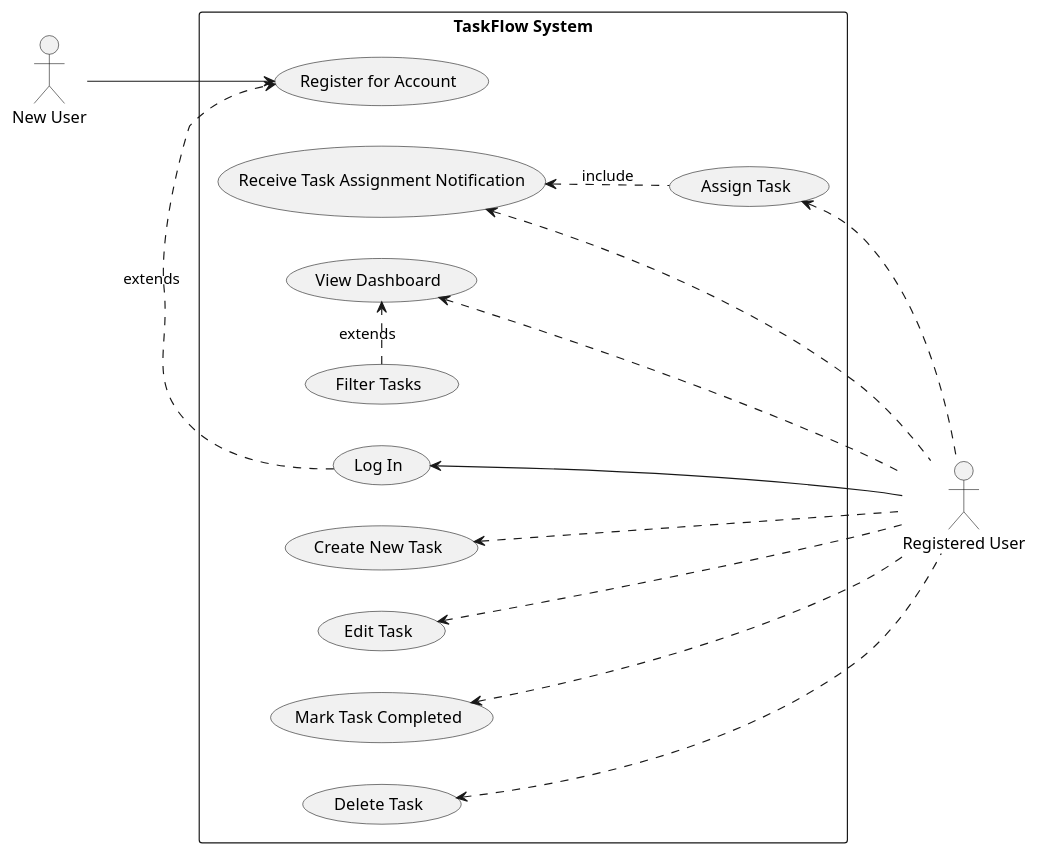
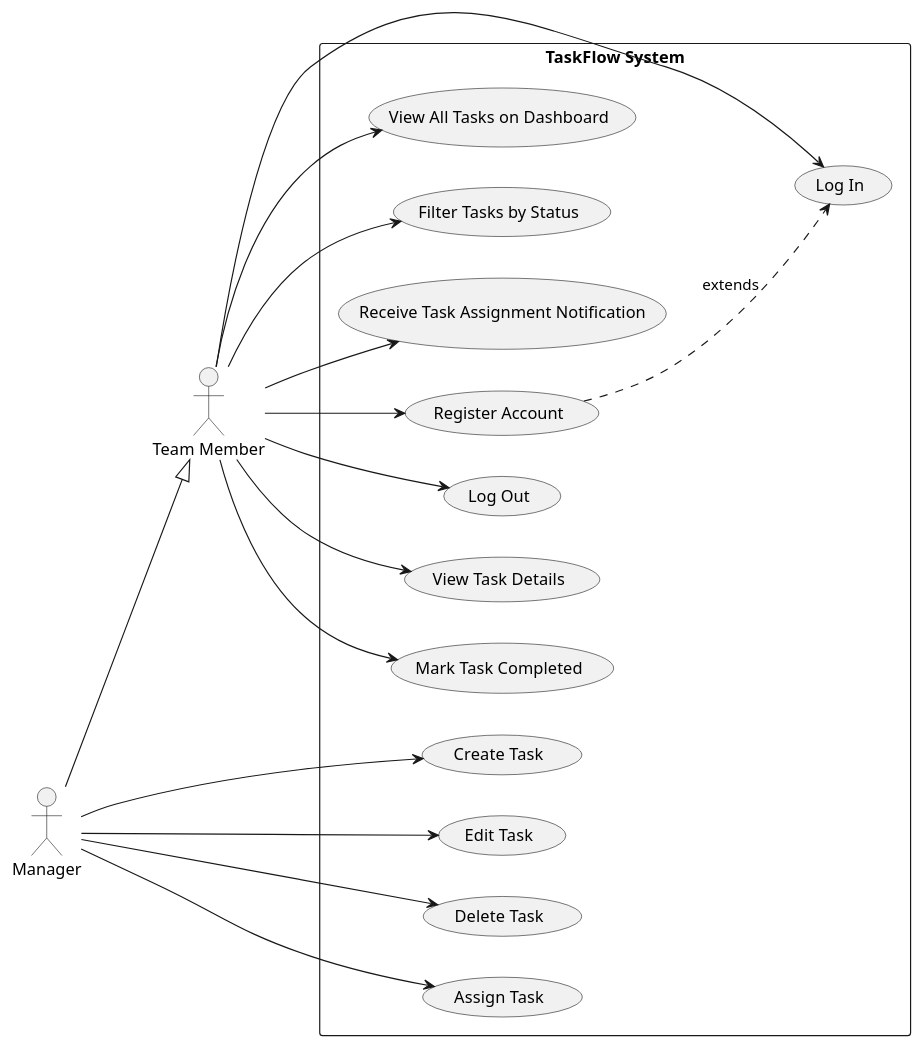
One commit to Chaman532003/framework changed the first of 2 diagrams in artifacts/spec/spec.md. Above: the diagram before and after it, drawn with PlantUML. The commit also changed other lines of this file, not shown here.

````diff
--- a/artifacts/spec/spec.md
+++ b/artifacts/spec/spec.md
@@ -175,28 +228,42 @@
 ```plantuml
 @startuml
 left to right direction
-skinparam packageStyle rectangle
 
-actor "New User" as NewUser
-actor "Registered User" as RegUser
+actor "Team Member" as TM
+actor "Manager" as M
 
 rectangle "TaskFlow System" {
-  NewUser --> (Register for Account)
+    usecase "Register Account" as UC1.01
+    usecase "Log In" as UC1.02
+    usecase "Log Out" as UC1.03
+    usecase "Create Task" as UC2.01
+    usecase "View Task Details" as UC2.02
+    usecase "Edit Task" as UC2.03
+    usecase "Mark Task Completed" as UC2.04
+    usecase "Delete Task" as UC2.05
+    usecase "Assign Task" as UC3.01
+    usecase "View All Tasks on Dashboard" as UC4.01
+    usecase "Filter Tasks by Status" as UC4.02
+    usecase "Receive Task Assignment Notification" as UC5.01
+}
 
-  RegUser --> (Log In)
-  (Log In) .> (Register for Account) : extends
+M --|> TM
 
-  (Create New Task) <.-- RegUser
-  (Assign Task) <.-- RegUser
-  (Edit Task) <.-- RegUser
-  (Mark Task Completed) <.-- RegUser
-  (Delete Task) <.-- RegUser
+TM --> UC1.01
+TM --> UC1.02
+TM --> UC1.03
+TM --> UC2.02
+TM --> UC2.04
+TM --> UC4.01
+TM --> UC4.02
+TM --> UC5.01
 
-  (View Dashboard) <.-- RegUser
-  (Filter Tasks) .> (View Dashboard) : extends
+M --> UC2.01
+M --> UC2.03
+M --> UC2.05
+M --> UC3.01
 
-  (Receive Task Assignment Notification) <.-- RegUser
-  (Receive Task Assignment Notification) <.. (Assign Task) : include
-}
+UC1.01 ..> UC1.02 : extends
+
 @enduml
 ```
````
